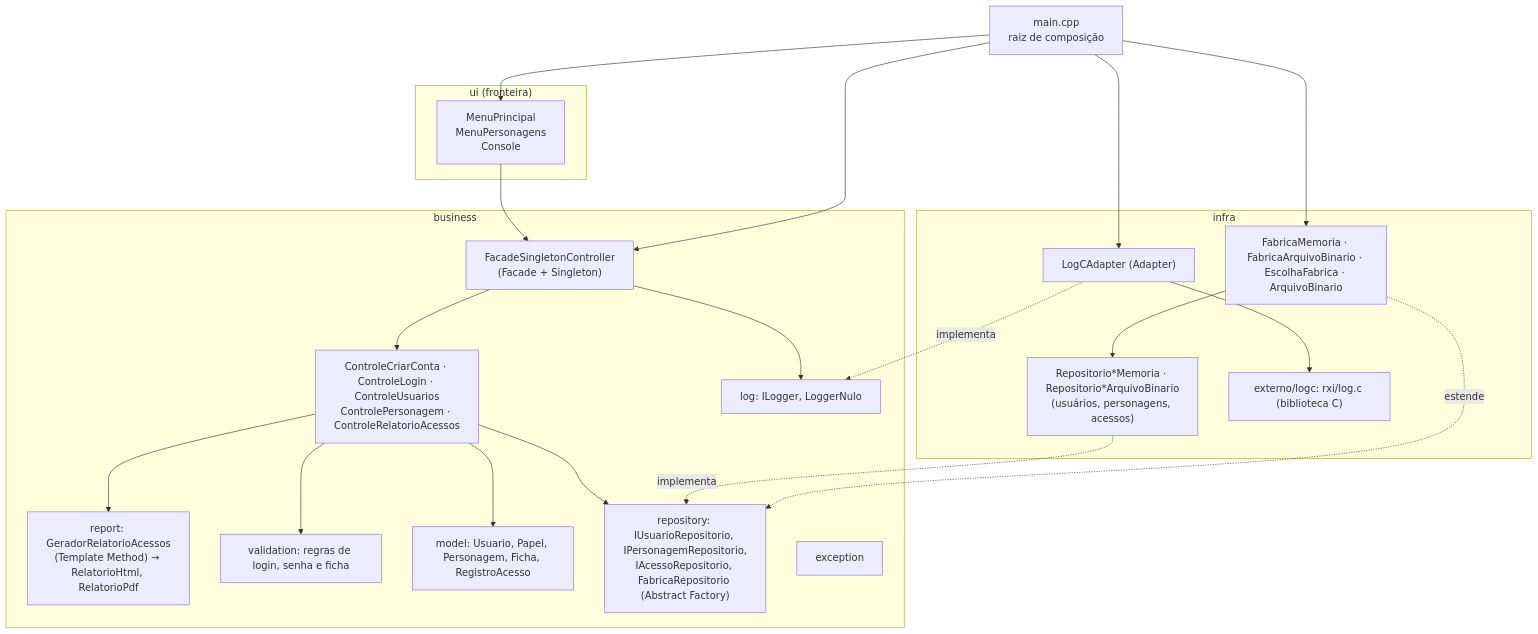
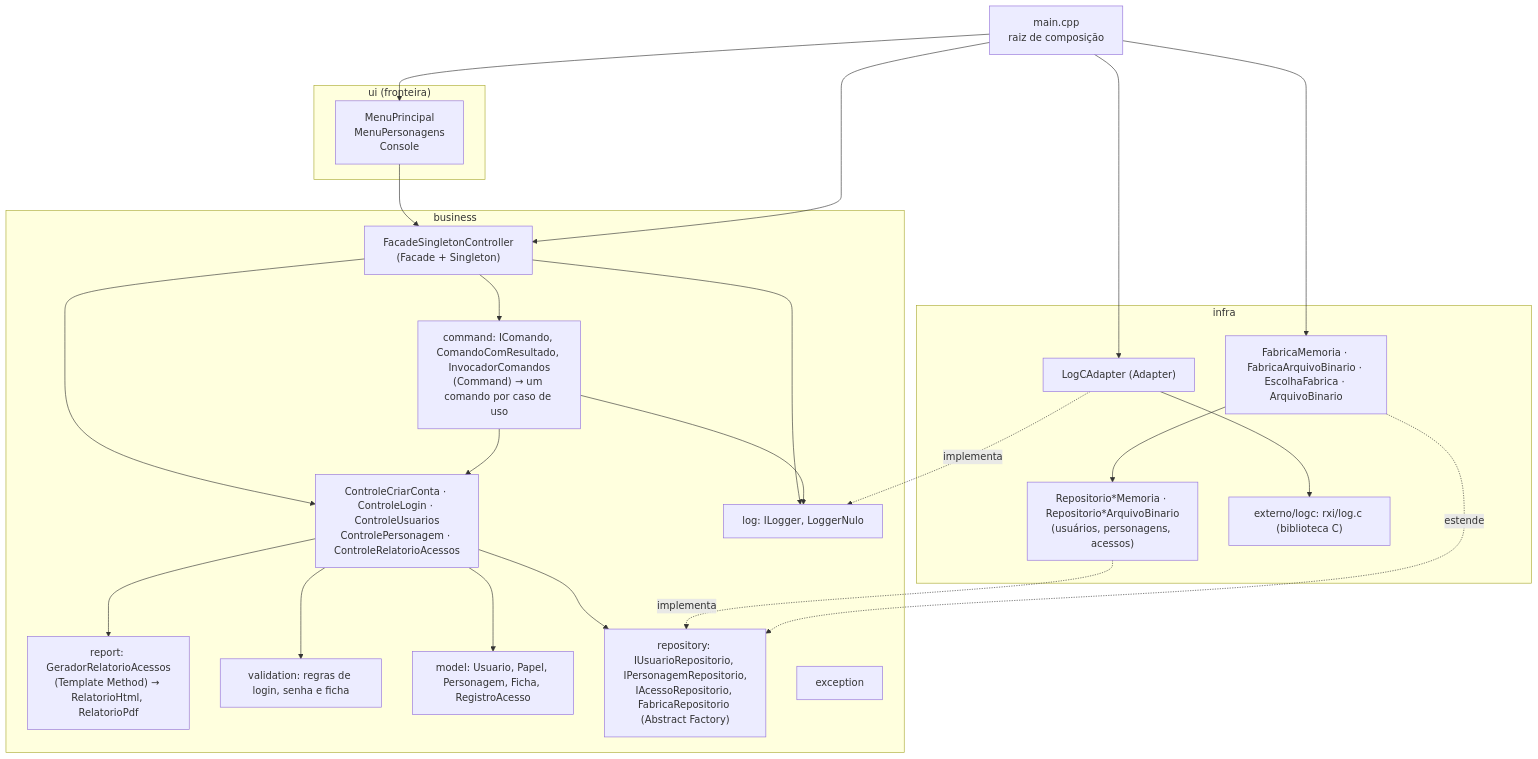
The first of 2 diagrams in docs/07-arquitetura/README.md (isac531/Gerenciador_RPG), drawn with Mermaid before and after one commit. The commit also changed other lines of this file and 35 other files, not shown here.

First line of the commit message:
refactor(control): aplicar o padrao Command na fachada

````diff
--- a/docs/07-arquitetura/README.md
+++ b/docs/07-arquitetura/README.md
@@ -22,40 +23,44 @@
 ```mermaid
 flowchart TB
     subgraph ui["ui (fronteira)"]
         menu["MenuPrincipal<br/>MenuPersonagens<br/>Console"]
     end
     subgraph business["business"]
         fachada["FacadeSingletonController<br/>(Facade + Singleton)"]
+        comandos["command: IComando, ComandoComResultado, InvocadorComandos<br/>(Command) → um comando por caso de uso"]
         controles["ControleCriarConta · ControleLogin · ControleUsuarios<br/>ControlePersonagem · ControleRelatorioAcessos"]
         relatorios["report: GeradorRelatorioAcessos<br/>(Template Method) → RelatorioHtml, RelatorioPdf"]
         regras["validation: regras de login, senha e ficha"]
         modelo["model: Usuario, Papel, Personagem, Ficha, RegistroAcesso"]
         contratos["repository: IUsuarioRepositorio, IPersonagemRepositorio,<br/>IAcessoRepositorio, FabricaRepositorio (Abstract Factory)"]
         log["log: ILogger, LoggerNulo"]
         excecoes["exception"]
     end
     subgraph infra["infra"]
         repos["Repositorio*Memoria · Repositorio*ArquivoBinario<br/>(usuários, personagens, acessos)"]
         fabrica["FabricaMemoria · FabricaArquivoBinario · EscolhaFabrica · ArquivoBinario"]
         adaptador["LogCAdapter (Adapter)"]
         logc["externo/logc: rxi/log.c (biblioteca C)"]
     end
     main["main.cpp<br/>raiz de composição"]
 
     menu --> fachada
+    fachada --> comandos
     fachada --> controles
     fachada --> log
+    comandos --> controles
+    comandos --> log
     controles --> regras
     controles --> modelo
     controles --> contratos
     controles --> relatorios
     repos -. implementa .-> contratos
     fabrica -. estende .-> contratos
     fabrica --> repos
     adaptador -. implementa .-> log
     adaptador --> logc
     main --> menu
     main --> fachada
     main --> fabrica
     main --> adaptador
 ```
````
